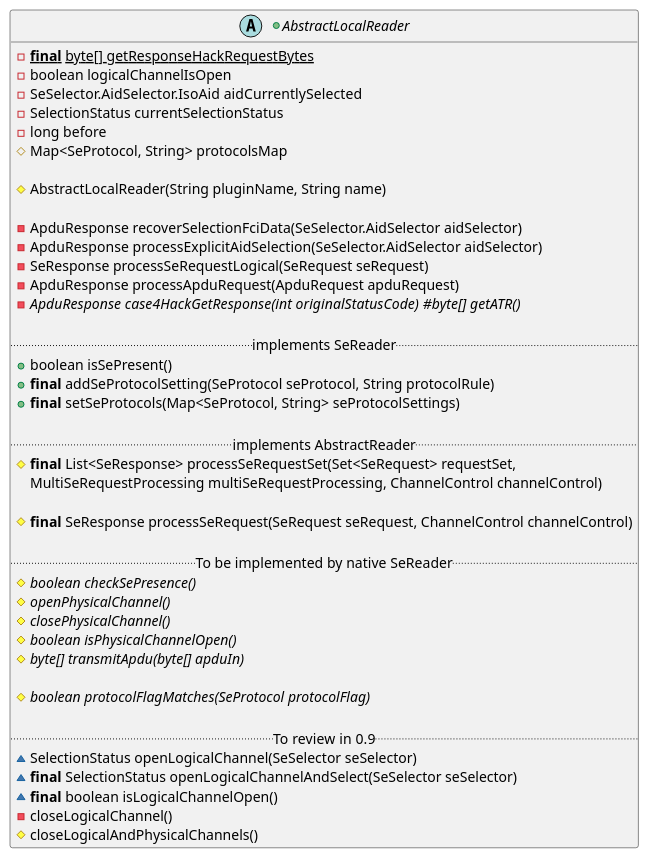
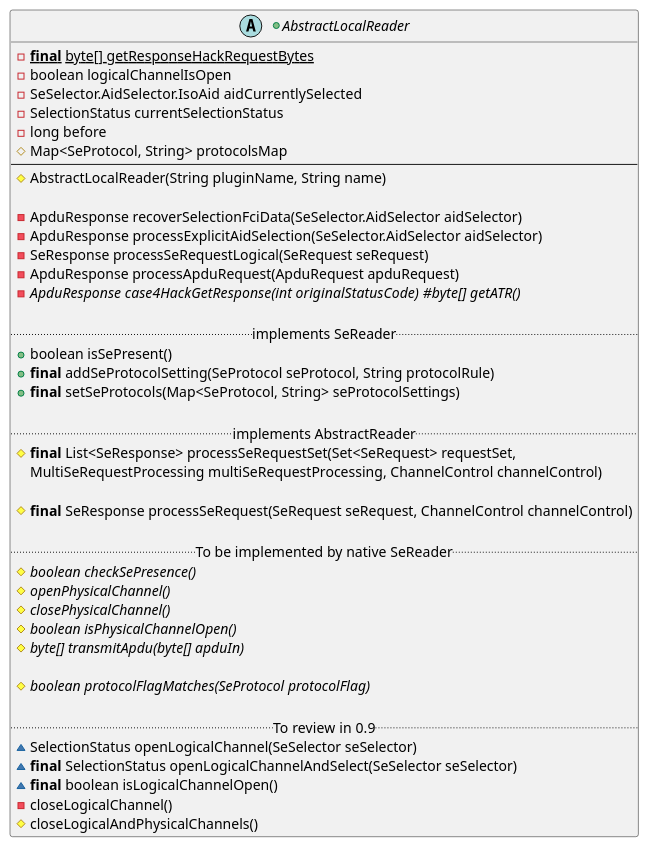
Diagram 23 of 26 in src/KeypleCoreApi/PluginApi/puml/KeypleCore-PluginApi-ClassDiag-SE_Proxy-ClassElements.iuml (calypsonet/keyple), drawn with PlantUML before and after one commit. The commit also changed other lines of this file and 19 other files, not shown here.

```diff
--- a/src/KeypleCoreApi/PluginApi/puml/KeypleCore-PluginApi-ClassDiag-SE_Proxy-ClassElements.iuml
+++ b/src/KeypleCoreApi/PluginApi/puml/KeypleCore-PluginApi-ClassDiag-SE_Proxy-ClassElements.iuml
@@ -447,45 +448,45 @@
 @startuml(id=PLUGIN_LOCALREADER_0_8_1)
 +abstract AbstractLocalReader {
   -{static}<b>final</b> byte[] getResponseHackRequestBytes
   -boolean logicalChannelIsOpen
   -SeSelector.AidSelector.IsoAid aidCurrentlySelected
   -SelectionStatus currentSelectionStatus
   -long before
   #Map<SeProtocol, String> protocolsMap
-
+  --
   #AbstractLocalReader(String pluginName, String name)
 
   -ApduResponse recoverSelectionFciData(SeSelector.AidSelector aidSelector)
   -ApduResponse processExplicitAidSelection(SeSelector.AidSelector aidSelector)
   -SeResponse processSeRequestLogical(SeRequest seRequest)
   -ApduResponse processApduRequest(ApduRequest apduRequest)
   -ApduResponse case4HackGetResponse(int originalStatusCode)  #{abstract} byte[] getATR()
 
   .. implements SeReader ..
   +boolean isSePresent()
   +<b>final</b> addSeProtocolSetting(SeProtocol seProtocol, String protocolRule)
   +<b>final</b> setSeProtocols(Map<SeProtocol, String> seProtocolSettings)
 
   .. implements AbstractReader ..
   #<b>final</b> List<SeResponse> processSeRequestSet(Set<SeRequest> requestSet,
     MultiSeRequestProcessing multiSeRequestProcessing, ChannelControl channelControl)
 
   #<b>final</b> SeResponse processSeRequest(SeRequest seRequest, ChannelControl channelControl)
 
   .. To be implemented by native SeReader ..
   #{abstract} boolean checkSePresence()
   #{abstract} openPhysicalChannel()
   #{abstract} closePhysicalChannel()
   #{abstract} boolean isPhysicalChannelOpen()
   #{abstract} byte[] transmitApdu(byte[] apduIn)
 
   #{abstract} boolean protocolFlagMatches(SeProtocol protocolFlag)
 
   .. To review in 0.9 ..
   ~SelectionStatus openLogicalChannel(SeSelector seSelector)
   ~<b>final</b> SelectionStatus openLogicalChannelAndSelect(SeSelector seSelector)
   ~<b>final</b> boolean isLogicalChannelOpen()
   -closeLogicalChannel()
   #closeLogicalAndPhysicalChannels()
 }
 @enduml
```
